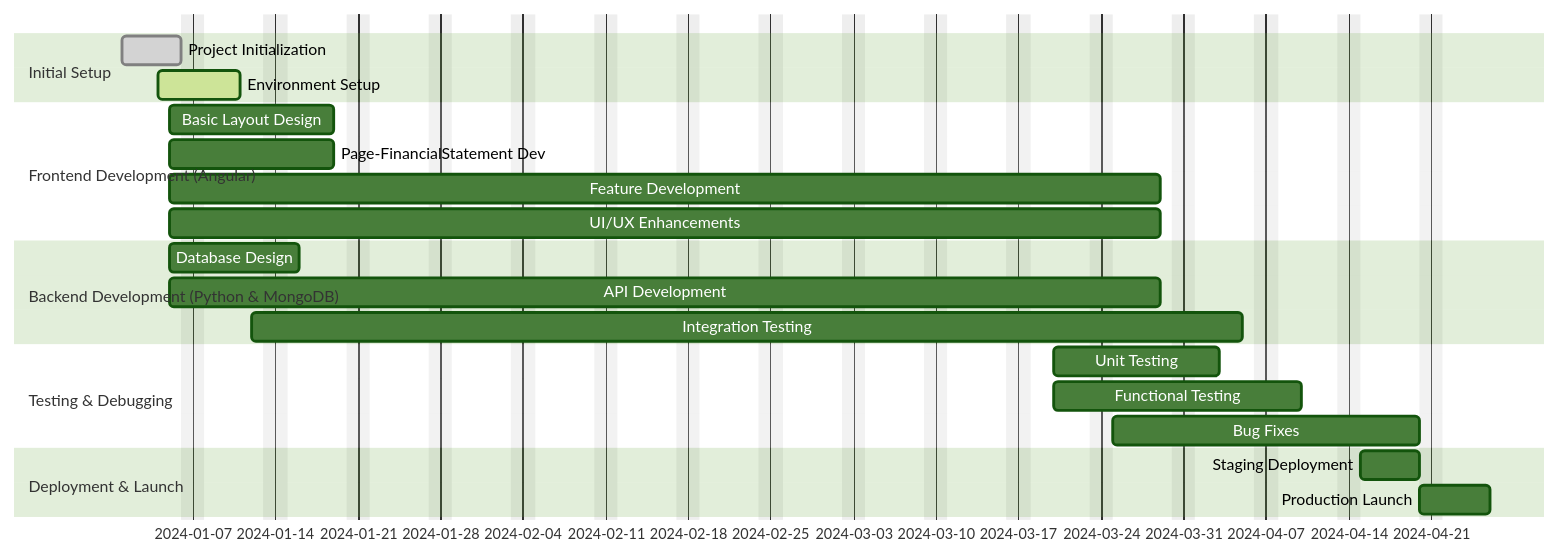
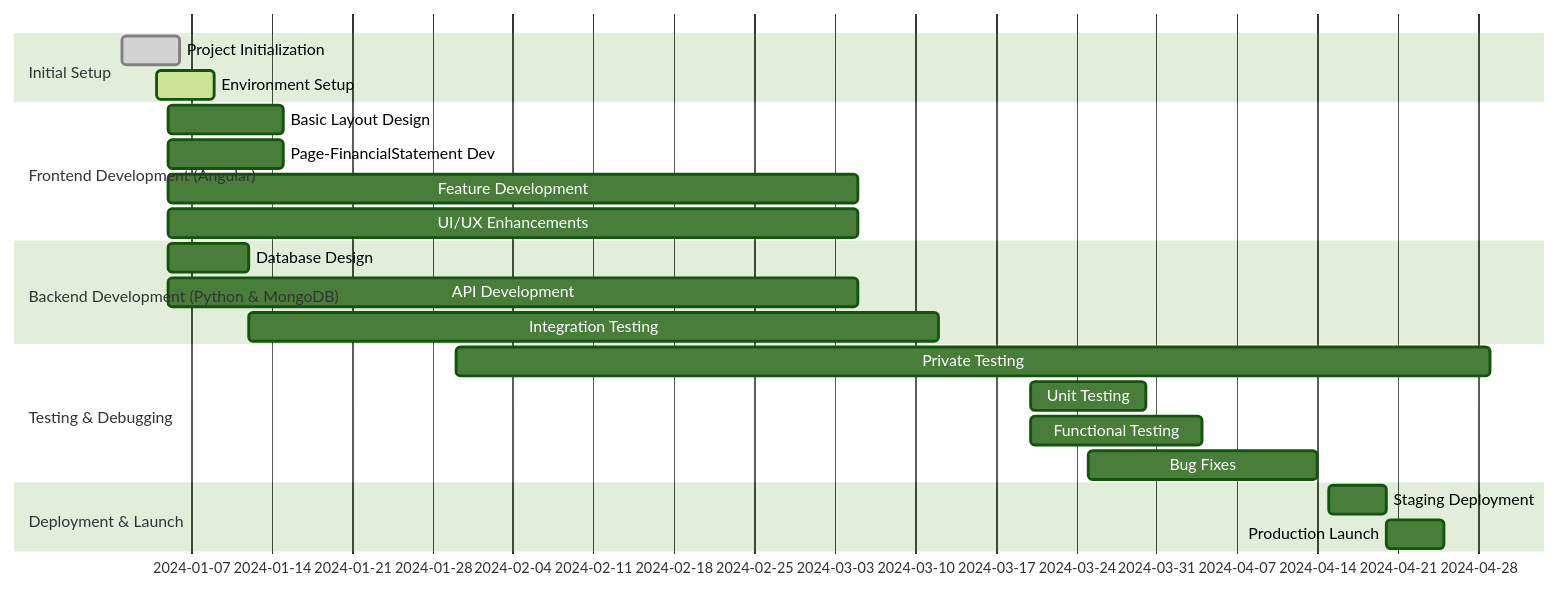
Before and after one commit to lumduan/fireball-ng: the first of 7 diagrams in README.md, drawn with Mermaid (forest theme).

Commit message:
MOD: README.md

````diff
--- a/README.md
+++ b/README.md
@@ -4,30 +4,31 @@
 ```mermaid
 gantt
 
 dateFormat YYYY-MM-DD
-excludes weekends
 
 section Initial Setup
 Project Initialization :done, 2024-01-01, 5d
 Environment Setup     :active, after des1, 5d
 
 section Frontend Development (Angular)
 Basic Layout Design   : 2024-01-05, 10d
-Page-FinancialStatement Dev : 2024-01-05, 10d
+  Page-FinancialStatement Dev : 2024-01-05, 10d
+  
 Feature Development   : 2024-01-05, 60d
 UI/UX Enhancements    : 2024-01-05, 60d
 
 section Backend Development (Python & MongoDB)
 Database Design       : 2024-01-05, 7d
 API Development       : 2024-01-05, 60d
 Integration Testing   : 2024-01-12, 60d
 
 section Testing & Debugging
+Private Testing : 2024-01-30, 90d
 Unit Testing          : 2024-03-20, 10d
 Functional Testing    : 2024-03-20, 15d
 Bug Fixes             :2024-03-25, 20d
 
 section Deployment & Launch
 Staging Deployment    : 2024-04-15, 5d
 Production Launch     : 2024-04-20, 5d
 ```
````
